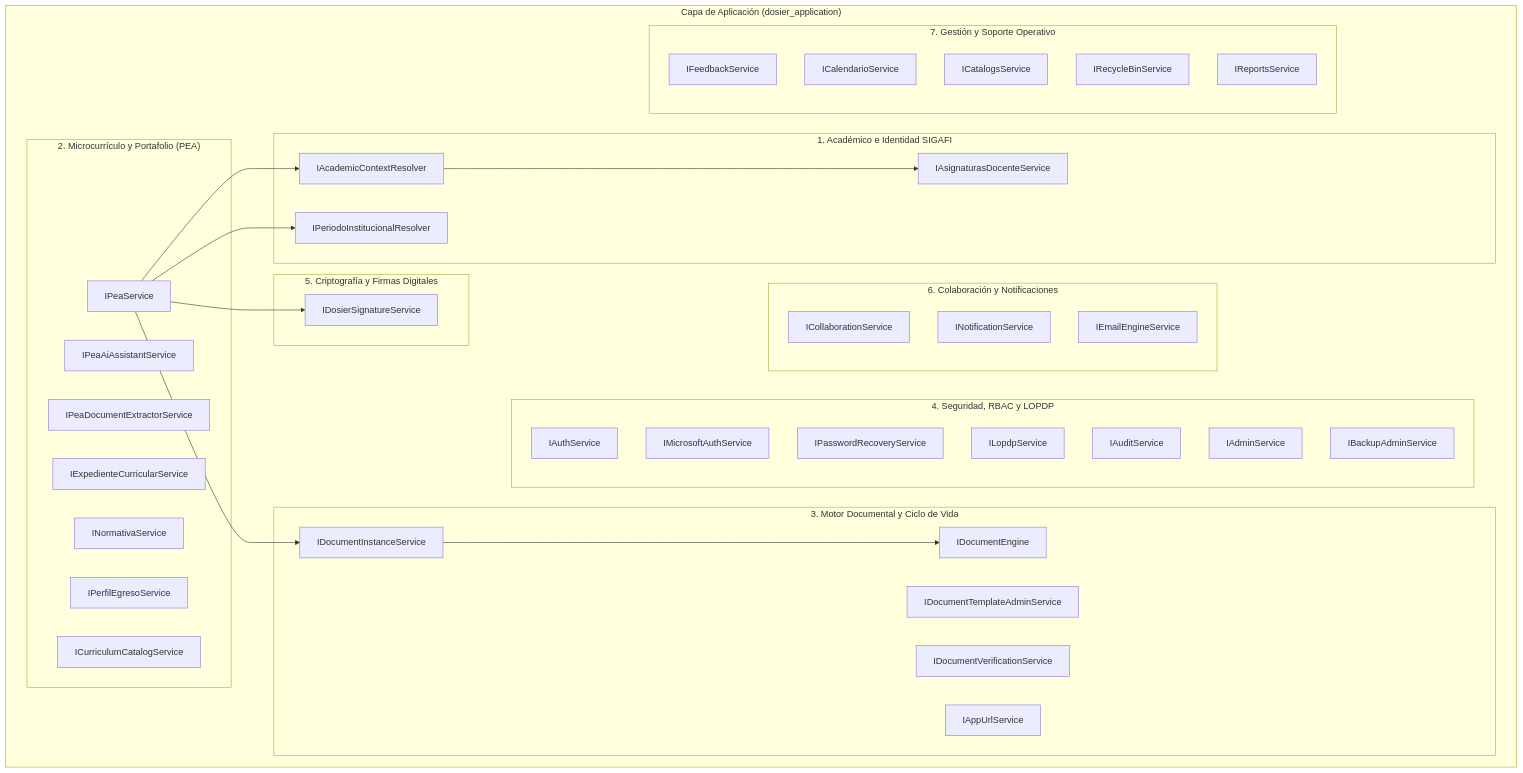
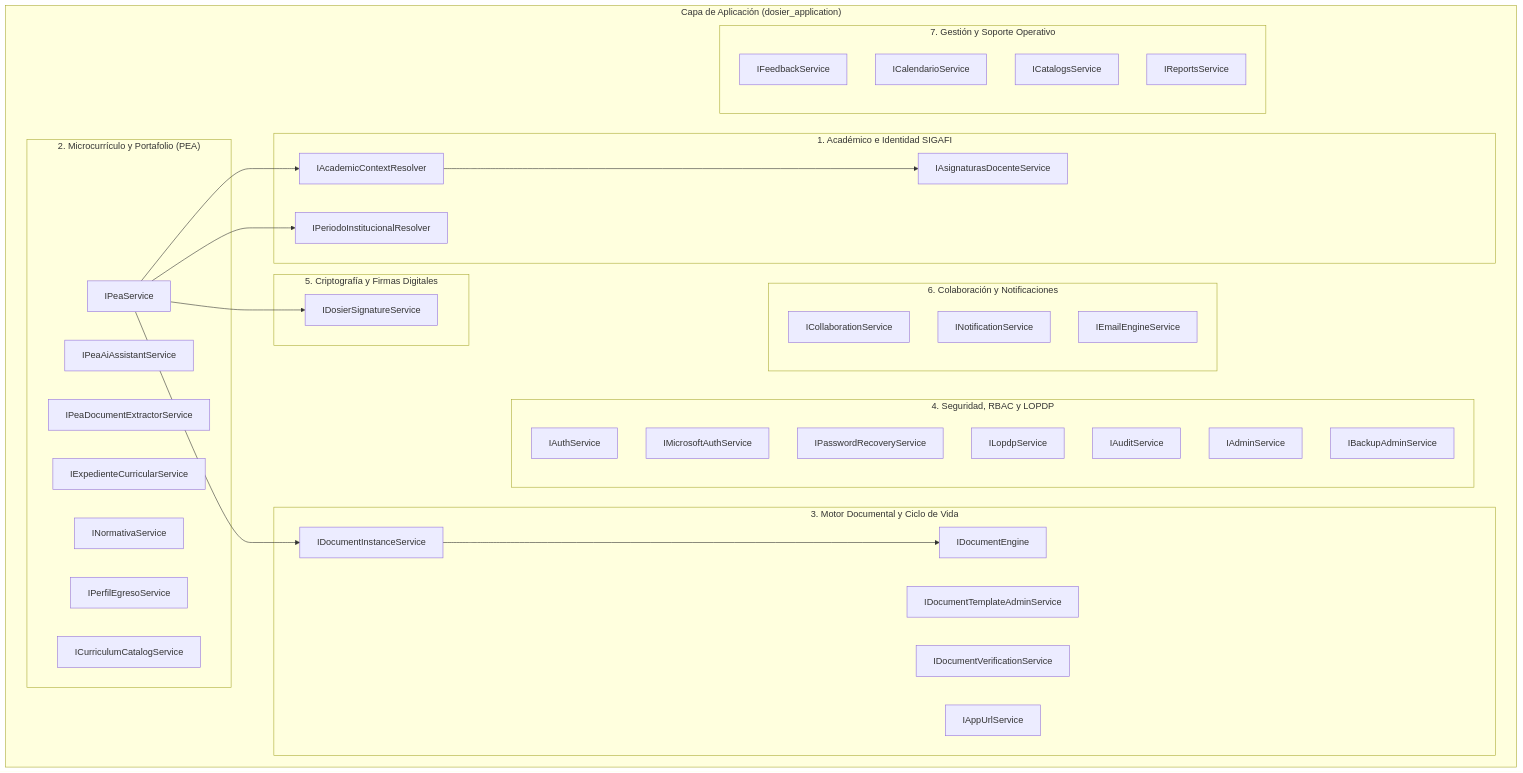
One commit to JorgeDoicela/dosier changed the diagram in docs/documentacion/02-backend-servicios/05-capa-de-aplicacion-y-casos-de-uso.md. Above: the diagram before and after it, drawn with Mermaid. The commit also changed other lines of this file and 40 other files, not shown here.

````diff
--- a/docs/documentacion/02-backend-servicios/05-capa-de-aplicacion-y-casos-de-uso.md
+++ b/docs/documentacion/02-backend-servicios/05-capa-de-aplicacion-y-casos-de-uso.md
@@ -17,63 +17,62 @@
 ```mermaid
 flowchart TD
     subgraph dosier_application["Capa de Aplicación (dosier_application)"]
         subgraph ModuloAcademico["1. Académico e Identidad SIGAFI"]
             IPIR["IPeriodoInstitucionalResolver"]
             IACR["IAcademicContextResolver"]
             IADS["IAsignaturasDocenteService"]
         end
 
         subgraph ModuloCurricular["2. Microcurrículo y Portafolio (PEA)"]
             IPS["IPeaService"]
             IPAI["IPeaAiAssistantService"]
             IPDE["IPeaDocumentExtractorService"]
             IECS["IExpedienteCurricularService"]
             INMS["INormativaService"]
             IPES["IPerfilEgresoService"]
             ICCS["ICurriculumCatalogService"]
         end
 
         subgraph ModuloDocumental["3. Motor Documental y Ciclo de Vida"]
             IDE["IDocumentEngine"]
             IDIS["IDocumentInstanceService"]
             IDTAS["IDocumentTemplateAdminService"]
             IDVS["IDocumentVerificationService"]
             IAUS["IAppUrlService"]
         end
 
         subgraph ModuloSeguridad["4. Seguridad, RBAC y LOPDP"]
             IAS["IAuthService"]
             IMAS["IMicrosoftAuthService"]
             IPRS["IPasswordRecoveryService"]
             ILOP["ILopdpService"]
             IAUD["IAuditService"]
             IADM["IAdminService"]
             IBAS["IBackupAdminService"]
         end
 
         subgraph ModuloCriptografia["5. Criptografía y Firmas Digitales"]
             IDSS["IDosierSignatureService"]
         end
 
         subgraph ModuloComunicacion["6. Colaboración y Notificaciones"]
             ICOS["ICollaborationService"]
             INOS["INotificationService"]
             IEES["IEmailEngineService"]
         end
 
         subgraph ModuloSoporte["7. Gestión y Soporte Operativo"]
             IFBS["IFeedbackService"]
             ICAL["ICalendarioService"]
             ICAT["ICatalogsService"]
-            IREC["IRecycleBinService"]
             IREP["IReportsService"]
         end
     end
 
     IACR --> IADS
     IPS --> IACR
     IPS --> IPIR
     IPS --> IDSS
     IPS --> IDIS
     IDIS --> IDE
 ```
````
